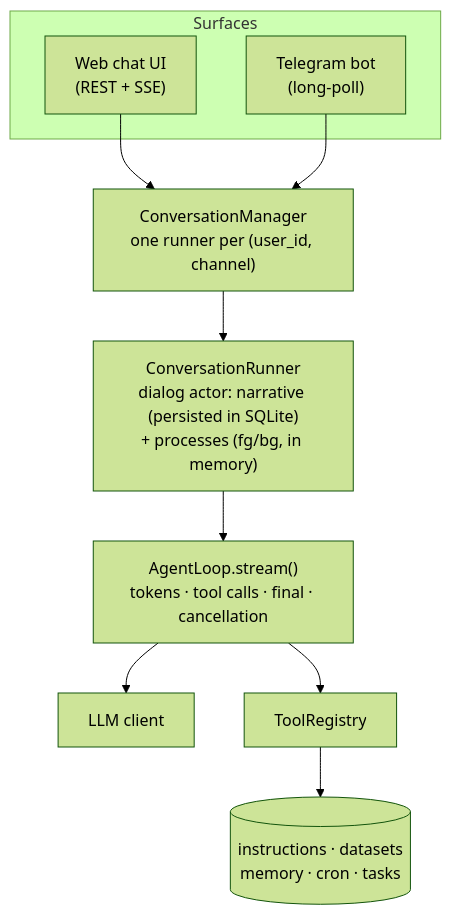
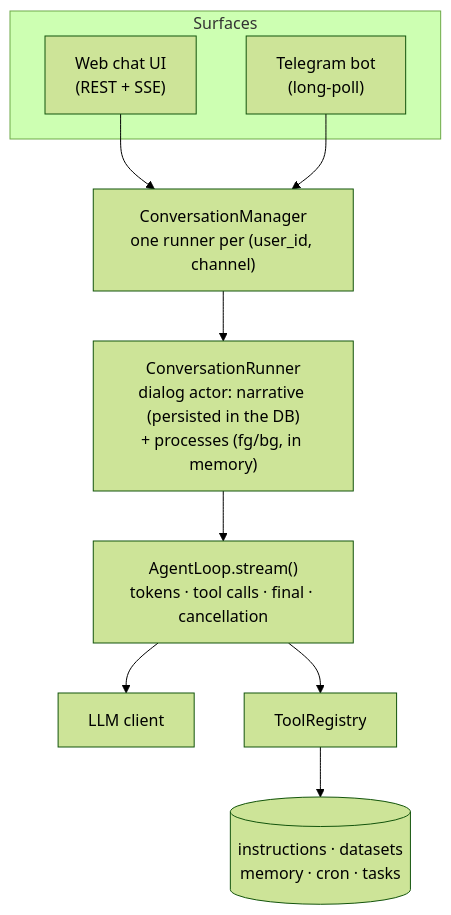
One commit to dmirain/OctoForge changed the diagram in README.md. Above: the diagram before and after it, drawn with Mermaid (forest theme). The commit also changed other lines of this file and 1 other file, not shown here.

````diff
--- a/README.md
+++ b/README.md
@@ -21,14 +22,14 @@
 ```mermaid
 flowchart TB
     subgraph Surfaces
         WEB["Web chat UI\n(REST + SSE)"]
         TG["Telegram bot\n(long-poll)"]
     end
     WEB --> CM
     TG --> CM
     CM["ConversationManager\none runner per (user_id, channel)"] --> CR
-    CR["ConversationRunner\ndialog actor: narrative (persisted in SQLite)\n+ processes (fg/bg, in memory)"] --> AL
+    CR["ConversationRunner\ndialog actor: narrative (persisted in the DB)\n+ processes (fg/bg, in memory)"] --> AL
     AL["AgentLoop.stream()\ntokens · tool calls · final · cancellation"] --> LLM["LLM client"]
     AL --> TOOLS["ToolRegistry"]
     TOOLS --> DB[("instructions · datasets\nmemory · cron · tasks")]
 ```
````
